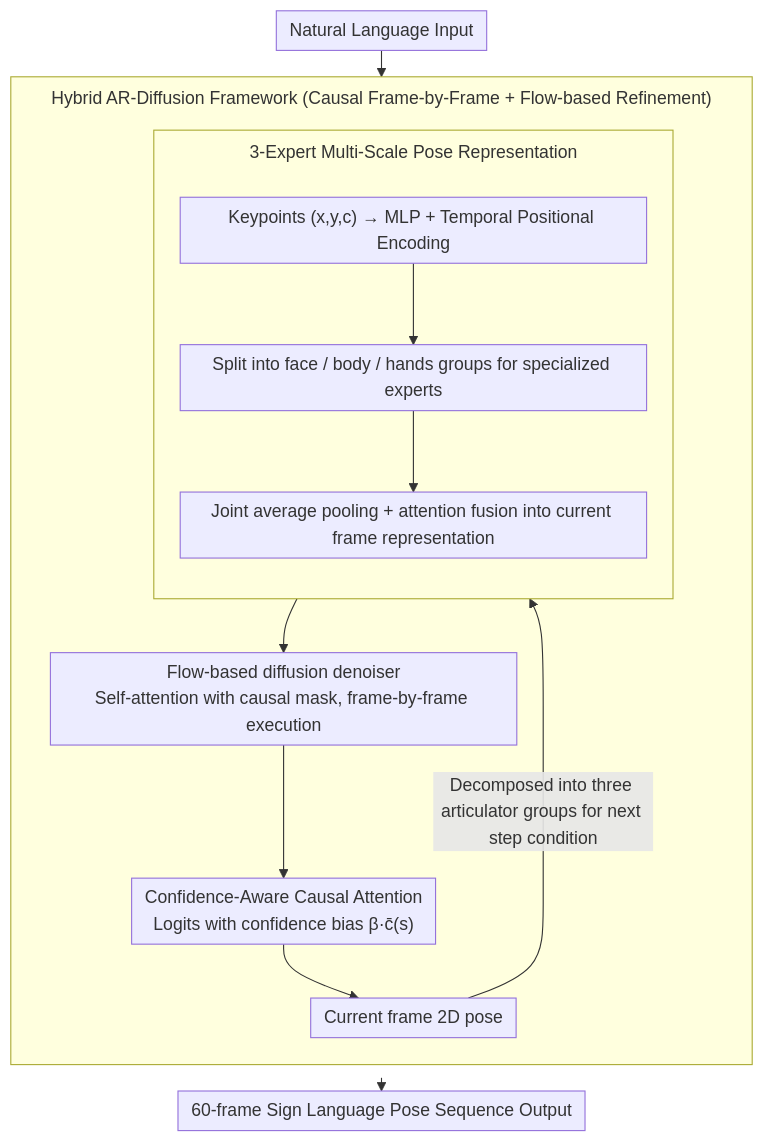
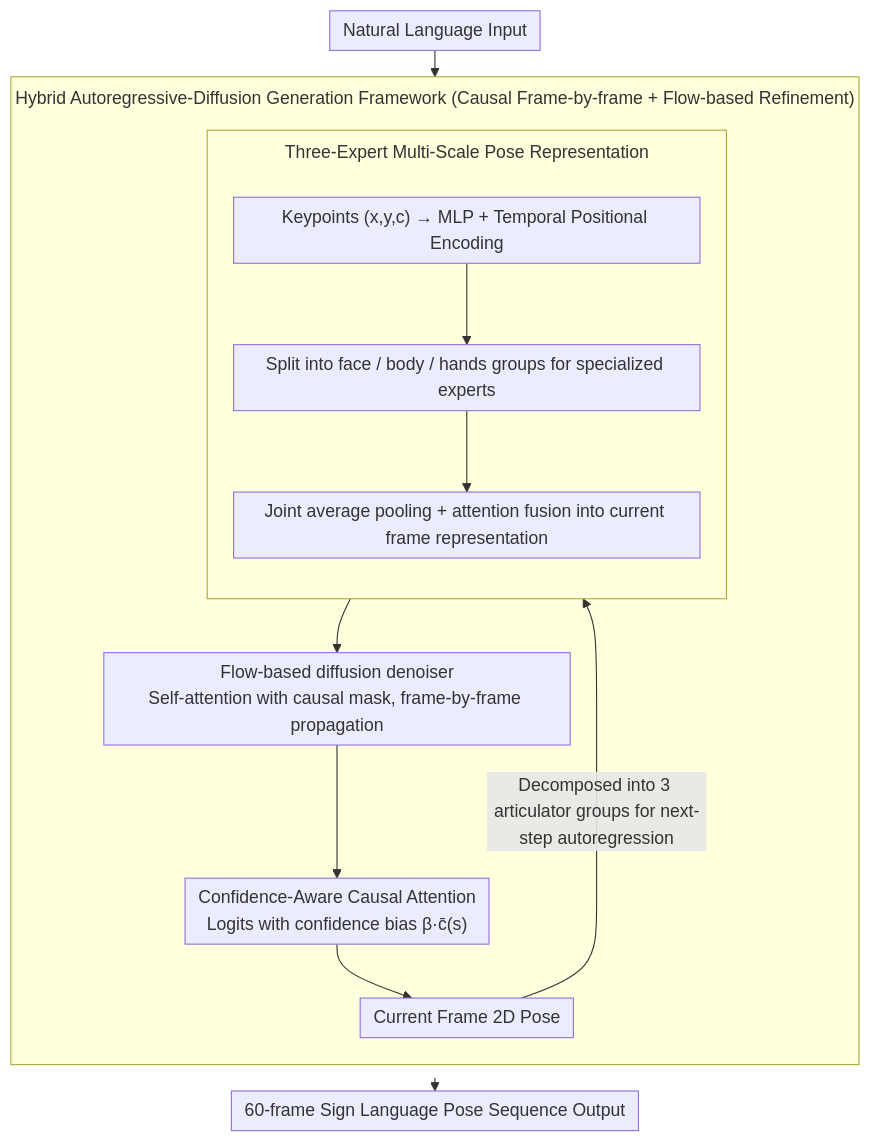
One commit to zhaoyang97/Paper-Notes-en changed the diagram in docs/ACL2026/multimodal_vlm/hybrid_autoregressive-diffusion_model_for_real-time_sign_language_production.md. Above: the diagram before and after it, drawn with Mermaid. The commit also changed other lines of this file and 5084 other files, not shown here.

````diff
--- a/docs/ACL2026/multimodal_vlm/hybrid_autoregressive-diffusion_model_for_real-time_sign_language_production.md
+++ b/docs/ACL2026/multimodal_vlm/hybrid_autoregressive-diffusion_model_for_real-time_sign_language_production.md
@@ -50,18 +50,18 @@
 ```mermaid
 %%{init: {'flowchart': {'rankSpacing': 24, 'nodeSpacing': 28, 'padding': 6, 'wrappingWidth': 400, 'subGraphTitleMargin': {'top': 8, 'bottom': 16}}}}%%
 flowchart TD
     A["Natural Language Input"] --> POSE
-    subgraph HYB["Hybrid AR-Diffusion Framework (Causal Frame-by-Frame + Flow-based Refinement)"]
+    subgraph HYB["Hybrid Autoregressive-Diffusion Generation Framework (Causal Frame-by-frame + Flow-based Refinement)"]
         direction TB
-        subgraph POSE["3-Expert Multi-Scale Pose Representation"]
+        subgraph POSE["Three-Expert Multi-Scale Pose Representation"]
             direction TB
             B["Keypoints (x,y,c) → MLP + Temporal Positional Encoding"] --> C["Split into face / body / hands groups for specialized experts"]
             C --> D["Joint average pooling + attention fusion into current frame representation"]
         end
-        POSE --> E["Flow-based diffusion denoiser<br/>Self-attention with causal mask, frame-by-frame execution"]
+        POSE --> E["Flow-based diffusion denoiser<br/>Self-attention with causal mask, frame-by-frame propagation"]
         E --> F["Confidence-Aware Causal Attention<br/>Logits with confidence bias β·c̄(s)"]
-        F --> G["Current frame 2D pose"]
-        G -->|Decomposed into three articulator groups for next step condition| POSE
+        F --> G["Current Frame 2D Pose"]
+        G -->|Decomposed into 3 articulator groups for next-step autoregression| POSE
     end
     HYB --> H["60-frame Sign Language Pose Sequence Output"]
 ```
````
